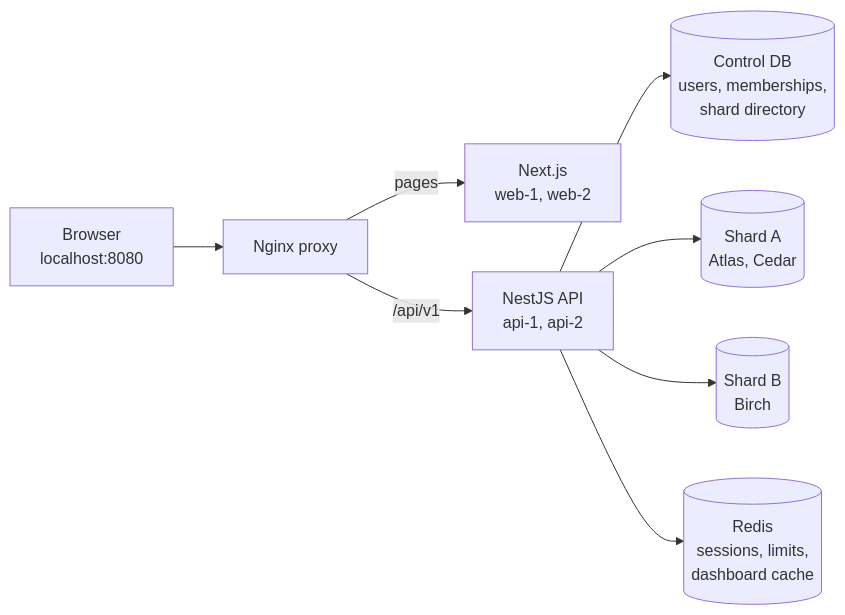
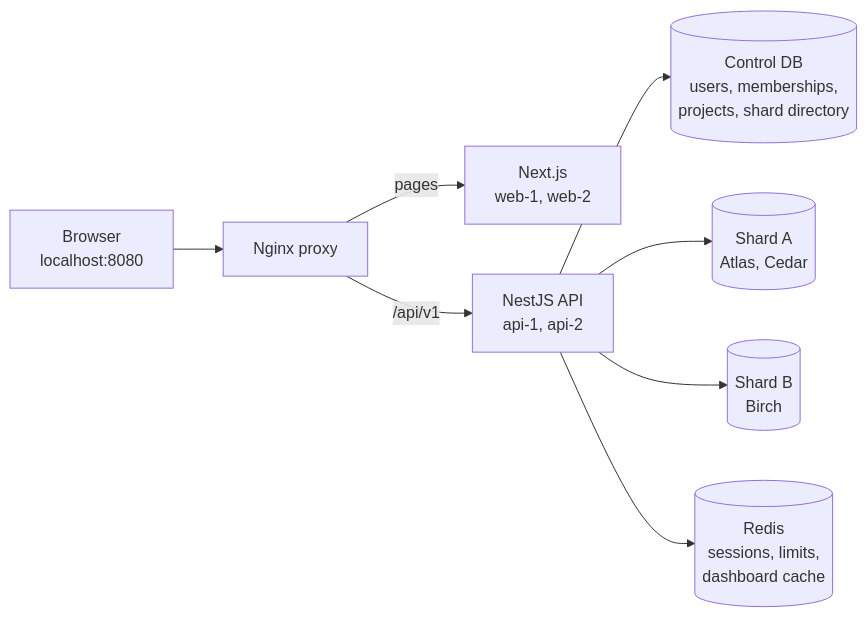
Before and after one commit to tnvi55/team-request-portal: the diagram in README.md, drawn with Mermaid. The commit also changed other lines of this file and 14 other files, not shown here.

````diff
--- a/README.md
+++ b/README.md
@@ -9,10 +55,10 @@
 ```mermaid
 flowchart LR
   Browser["Browser<br/>localhost:8080"] --> Proxy["Nginx proxy"]
   Proxy -->|pages| Web["Next.js<br/>web-1, web-2"]
   Proxy -->|/api/v1| API["NestJS API<br/>api-1, api-2"]
-  API --> Control[("Control DB<br/>users, memberships,<br/>shard directory")]
+  API --> Control[("Control DB<br/>users, memberships,<br/>projects, shard directory")]
   API --> ShardA[("Shard A<br/>Atlas, Cedar")]
   API --> ShardB[("Shard B<br/>Birch")]
   API --> Redis[("Redis<br/>sessions, limits,<br/>dashboard cache")]
 ```
````
